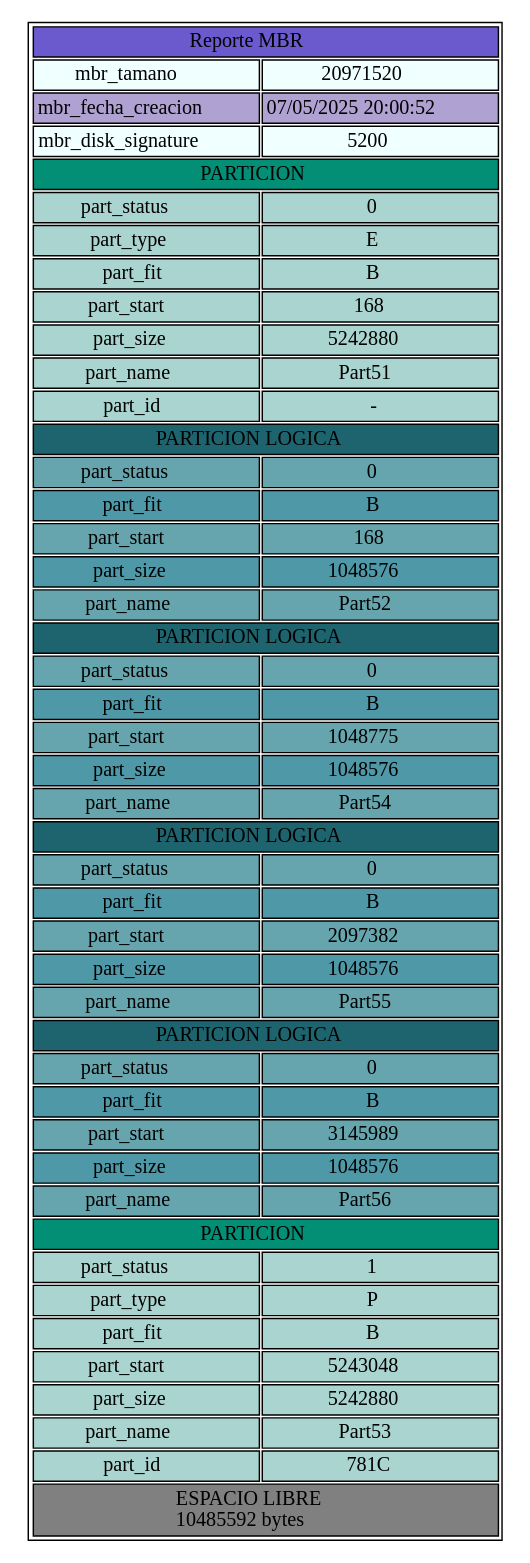
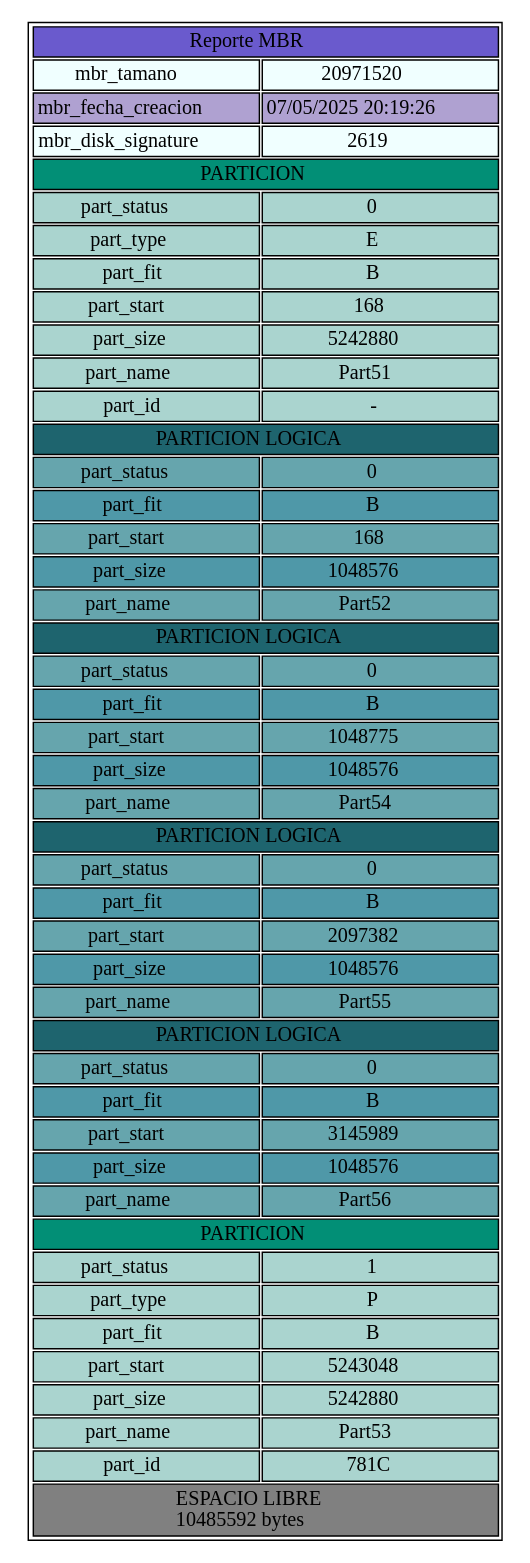
One commit to YairCarrito45/MIA-P2 changed the diagram in Backend/home/yair/Calificacion_MIA/Reportes/p1_r6_mbr.dot. Above: the diagram before and after it, drawn with Graphviz. The commit also changed 29 other files, not shown here.

```diff
--- a/Backend/home/yair/Calificacion_MIA/Reportes/p1_r6_mbr.dot
+++ b/Backend/home/yair/Calificacion_MIA/Reportes/p1_r6_mbr.dot
@@ -1,177 +1,177 @@
 digraph { 
 node [ shape=none ] 
 TablaReportNodo [ label = < <table border="1"> 
  <tr>
   <td bgcolor='SlateBlue' COLSPAN="2"> Reporte MBR </td> 
  </tr> 
  <tr>
   <td bgcolor='Azure'> mbr_tamano </td> 
   <td bgcolor='Azure'> 20971520 </td> 
  </tr> 
  <tr>
   <td bgcolor='#AFA1D1'> mbr_fecha_creacion </td> 
-  <td bgcolor='#AFA1D1'> 07/05/2025 20:00:52 </td> 
+  <td bgcolor='#AFA1D1'> 07/05/2025 20:19:26 </td> 
  </tr> 
  <tr>
   <td bgcolor='Azure'> mbr_disk_signature </td> 
-  <td bgcolor='Azure'> 5200 </td> 
+  <td bgcolor='Azure'> 2619 </td> 
  </tr>  
  <tr>
  <td bgcolor='#028f76' COLSPAN="2"> PARTICION </td> 
  </tr> 
  <tr>
  <td bgcolor='#aad4cf'> part_status </td> 
  <td bgcolor='#aad4cf'> 0 </td> 
  </tr> 
  <tr>
  <td bgcolor='#aad4cf'> part_type </td> 
  <td bgcolor='#aad4cf'> E </td> 
  </tr> 
  <tr>
  <td bgcolor='#aad4cf'> part_fit </td> 
  <td bgcolor='#aad4cf'> B </td> 
  </tr> 
  <tr>
  <td bgcolor='#aad4cf'> part_start </td> 
  <td bgcolor='#aad4cf'> 168 </td> 
  </tr> 
  <tr>
  <td bgcolor='#aad4cf'> part_size </td> 
  <td bgcolor='#aad4cf'> 5242880 </td> 
  </tr> 
  <tr>
  <td bgcolor='#aad4cf'> part_name </td> 
  <td bgcolor='#aad4cf'> Part51 </td> 
  </tr> 
  <tr>
  <td bgcolor='#aad4cf'> part_id </td> 
  <td bgcolor='#aad4cf'> - </td> 
  </tr> 
  <tr>
  <td bgcolor='#1e646e' COLSPAN="2"> PARTICION LOGICA </td> 
  </tr> 
  <tr>
  <td bgcolor='#66a5ad'> part_status </td> 
  <td bgcolor='#66a5ad'> 0 </td> 
  </tr> 
  <tr>
  <td bgcolor='#4f98a8'> part_fit </td> 
  <td bgcolor='#4f98a8'> B </td> 
  </tr> 
  <tr>
  <td bgcolor='#66a5ad'> part_start </td> 
  <td bgcolor='#66a5ad'> 168 </td> 
  </tr> 
  <tr>
  <td bgcolor='#4f98a8'> part_size </td> 
  <td bgcolor='#4f98a8'> 1048576 </td> 
  </tr> 
  <tr>
  <td bgcolor='#66a5ad'> part_name </td> 
  <td bgcolor='#66a5ad'> Part52 </td> 
  </tr> 
  <tr>
  <td bgcolor='#1e646e' COLSPAN="2"> PARTICION LOGICA </td> 
  </tr> 
  <tr>
  <td bgcolor='#66a5ad'> part_status </td> 
  <td bgcolor='#66a5ad'> 0 </td> 
  </tr> 
  <tr>
  <td bgcolor='#4f98a8'> part_fit </td> 
  <td bgcolor='#4f98a8'> B </td> 
  </tr> 
  <tr>
  <td bgcolor='#66a5ad'> part_start </td> 
  <td bgcolor='#66a5ad'> 1048775 </td> 
  </tr> 
  <tr>
  <td bgcolor='#4f98a8'> part_size </td> 
  <td bgcolor='#4f98a8'> 1048576 </td> 
  </tr> 
  <tr>
  <td bgcolor='#66a5ad'> part_name </td> 
  <td bgcolor='#66a5ad'> Part54 </td> 
  </tr> 
  <tr>
  <td bgcolor='#1e646e' COLSPAN="2"> PARTICION LOGICA </td> 
  </tr> 
  <tr>
  <td bgcolor='#66a5ad'> part_status </td> 
  <td bgcolor='#66a5ad'> 0 </td> 
  </tr> 
  <tr>
  <td bgcolor='#4f98a8'> part_fit </td> 
  <td bgcolor='#4f98a8'> B </td> 
  </tr> 
  <tr>
  <td bgcolor='#66a5ad'> part_start </td> 
  <td bgcolor='#66a5ad'> 2097382 </td> 
  </tr> 
  <tr>
  <td bgcolor='#4f98a8'> part_size </td> 
  <td bgcolor='#4f98a8'> 1048576 </td> 
  </tr> 
  <tr>
  <td bgcolor='#66a5ad'> part_name </td> 
  <td bgcolor='#66a5ad'> Part55 </td> 
  </tr> 
  <tr>
  <td bgcolor='#1e646e' COLSPAN="2"> PARTICION LOGICA </td> 
  </tr> 
  <tr>
  <td bgcolor='#66a5ad'> part_status </td> 
  <td bgcolor='#66a5ad'> 0 </td> 
  </tr> 
  <tr>
  <td bgcolor='#4f98a8'> part_fit </td> 
  <td bgcolor='#4f98a8'> B </td> 
  </tr> 
  <tr>
  <td bgcolor='#66a5ad'> part_start </td> 
  <td bgcolor='#66a5ad'> 3145989 </td> 
  </tr> 
  <tr>
  <td bgcolor='#4f98a8'> part_size </td> 
  <td bgcolor='#4f98a8'> 1048576 </td> 
  </tr> 
  <tr>
  <td bgcolor='#66a5ad'> part_name </td> 
  <td bgcolor='#66a5ad'> Part56 </td> 
  </tr> 
  <tr>
  <td bgcolor='#028f76' COLSPAN="2"> PARTICION </td> 
  </tr> 
  <tr>
  <td bgcolor='#aad4cf'> part_status </td> 
  <td bgcolor='#aad4cf'> 1 </td> 
  </tr> 
  <tr>
  <td bgcolor='#aad4cf'> part_type </td> 
  <td bgcolor='#aad4cf'> P </td> 
  </tr> 
  <tr>
  <td bgcolor='#aad4cf'> part_fit </td> 
  <td bgcolor='#aad4cf'> B </td> 
  </tr> 
  <tr>
  <td bgcolor='#aad4cf'> part_start </td> 
  <td bgcolor='#aad4cf'> 5243048 </td> 
  </tr> 
  <tr>
  <td bgcolor='#aad4cf'> part_size </td> 
  <td bgcolor='#aad4cf'> 5242880 </td> 
  </tr> 
  <tr>
  <td bgcolor='#aad4cf'> part_name </td> 
  <td bgcolor='#aad4cf'> Part53 </td> 
  </tr> 
  <tr>
  <td bgcolor='#aad4cf'> part_id </td> 
  <td bgcolor='#aad4cf'> 781C </td> 
  </tr> 
  <tr>
  <td bgcolor='#808080' COLSPAN="2"> ESPACIO LIBRE <br/> 10485592 bytes </td> 
  </tr> 
 </table> > ]
 }
```
